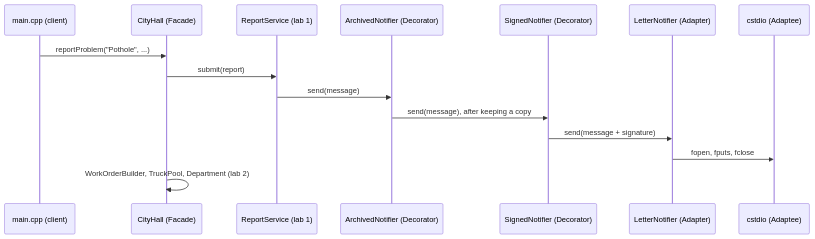
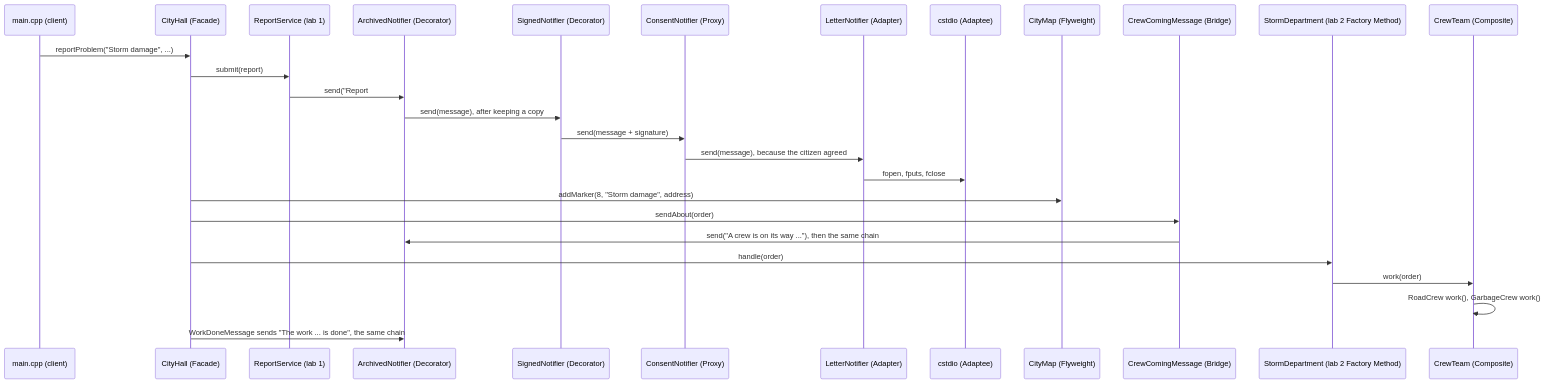
The first of 8 diagrams in Lab3/REPORT.md (EftodeAndreiFAF242/TMPS), drawn with Mermaid before and after one commit. The commit also changed other lines of this file and 2 other files, not shown here.

First line of the commit message:
Write the report for all seven structural patterns

````diff
--- a/Lab3/REPORT.md
+++ b/Lab3/REPORT.md
@@ -54,17 +77,29 @@
 ```mermaid
 sequenceDiagram
     participant main as main.cpp (client)
     participant CH as CityHall (Facade)
     participant RS as ReportService (lab 1)
     participant AN as ArchivedNotifier (Decorator)
     participant SN as SignedNotifier (Decorator)
+    participant CN as ConsentNotifier (Proxy)
     participant LN as LetterNotifier (Adapter)
     participant C as cstdio (Adaptee)
-    main->>CH: reportProblem("Pothole", ...)
+    participant MAP as CityMap (Flyweight)
+    participant MSG as CrewComingMessage (Bridge)
+    participant SD as StormDepartment (lab 2 Factory Method)
+    participant T as CrewTeam (Composite)
+    main->>CH: reportProblem("Storm damage", ...)
     CH->>RS: submit(report)
-    RS->>AN: send(message)
+    RS->>AN: send("Report #8 was registered.")
     AN->>SN: send(message), after keeping a copy
-    SN->>LN: send(message + signature)
+    SN->>CN: send(message + signature)
+    CN->>LN: send(message), because the citizen agreed
     LN->>C: fopen, fputs, fclose
-    CH->>CH: WorkOrderBuilder, TruckPool, Department (lab 2)
+    CH->>MAP: addMarker(8, "Storm damage", address)
+    CH->>MSG: sendAbout(order)
+    MSG->>AN: send("A crew is on its way ..."), then the same chain
+    CH->>SD: handle(order)
+    SD->>T: work(order)
+    T->>T: RoadCrew work(), GarbageCrew work()
+    CH->>AN: WorkDoneMessage sends "The work ... is done", the same chain
 ```
````
